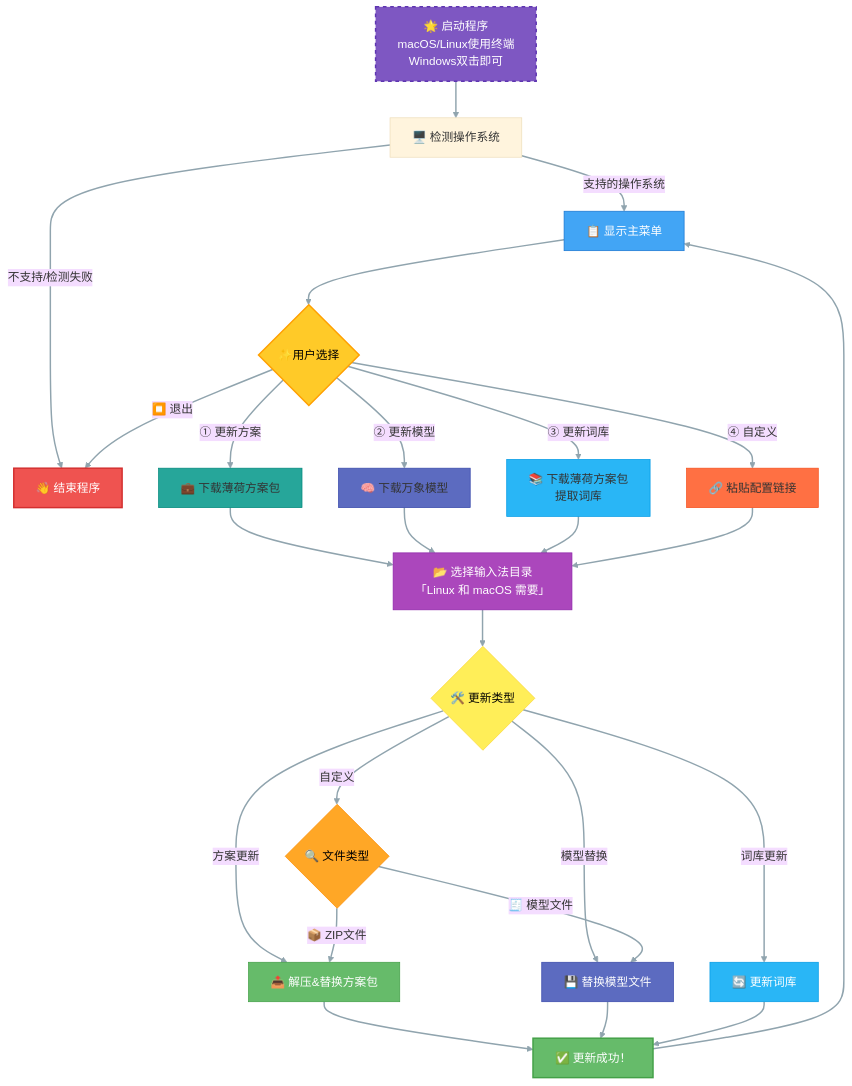
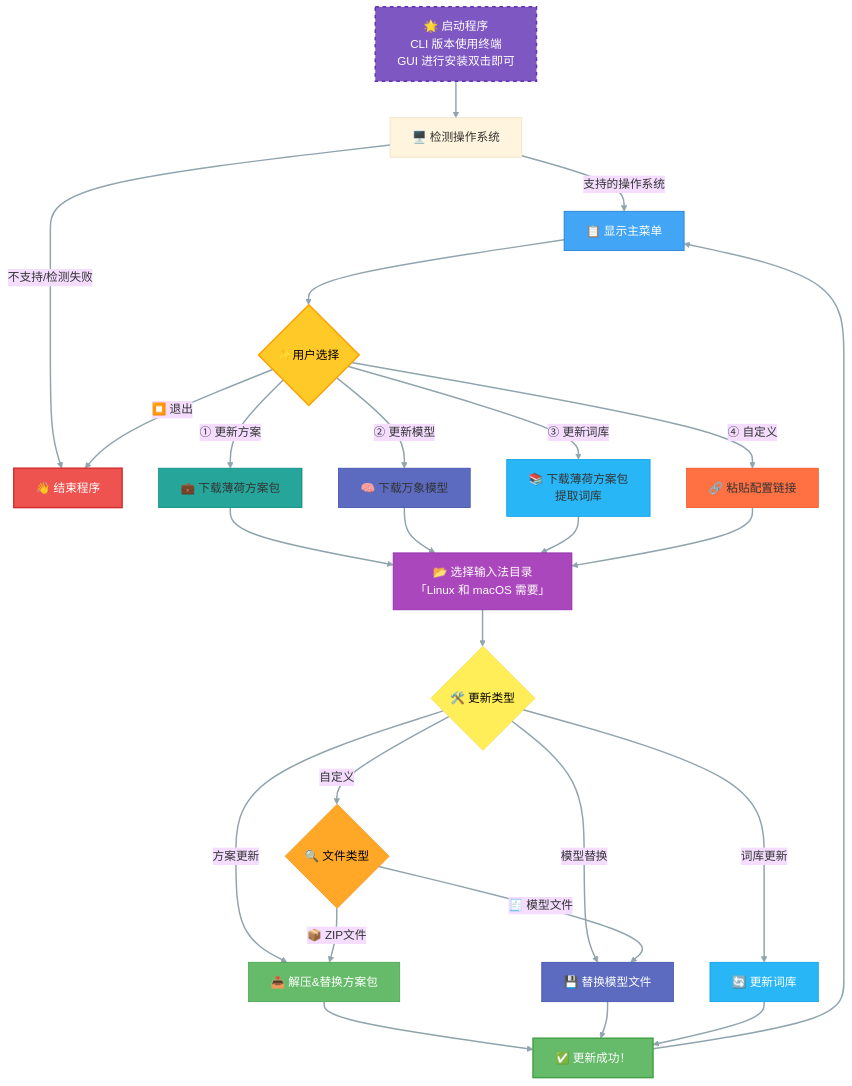
Before and after one commit to Mintimate/oh-my-rime-cli: the diagram in README.md, drawn with Mermaid (base theme). The commit also changed other lines of this file and 4 other files, not shown here.

````diff
--- a/README.md
+++ b/README.md
@@ -11,50 +13,50 @@
 ```mermaid
 flowchart TD
-    A[🌟 启动程序 <br/> macOS/Linux使用终端<br/>Windows双击即可] --> B[🖥️ 检测操作系统]
+    A[🌟 启动程序 <br/> CLI 版本使用终端<br/>GUI 进行安装双击即可] --> B[🖥️ 检测操作系统]
     B --支持的操作系统--> C[📋 显示主菜单]
     B --不支持/检测失败--> I
     
     C --> D{"✨用户选择"}
     D -->|① 更新方案| E[💼 下载薄荷方案包]
     D -->|② 更新模型| F[🧠 下载万象模型]
     D -->|③ 更新词库| G[📚 下载薄荷方案包<br/>提取词库]
     D -->|④ 自定义| H[🔗 粘贴配置链接]
     D -->|⏹️ 退出| I[👋 结束程序]
     
     E --> J[📂 选择输入法目录<br/>「Linux 和 macOS 需要」]
     F --> J
     G --> J
     H --> J
     
     J --> K{🛠️ 更新类型}
     K -->|方案更新| L[📤 解压&替换方案包]
     K -->|模型替换| M[💾 替换模型文件]
     K -->|词库更新| N[🔄 更新词库]
     K -->|自定义| O{🔍 文件类型}
     
     O -->|📦 ZIP文件| L
     O -->|🧾 模型文件| M
     
     L --> P[✅ 更新成功！]
     M --> P
     N --> P
     
     P --> C
 
     style A fill:#7E57C2,stroke:#5E35B1,color:white,stroke-width:2px,stroke-dasharray:5
     style I fill:#EF5350,stroke:#D32F2F,color:white,stroke-width:2px
     style C fill:#42A5F5,stroke:#1976D2,color:white
     style D fill:#FFCA28,stroke:#FFA000,color:black,stroke-width:2px
     style E fill:#26A69A,stroke:#00897B
     style F fill:#5C6BC0,stroke:#3949AB
     style G fill:#29B6F6,stroke:#039BE5
     style H fill:#FF7043,stroke:#F4511E
     style J fill:#AB47BC,stroke:#8E24AA,color:white
     style K fill:#FFEE58,stroke:#FDD835,color:black
     style L fill:#66BB6A,stroke:#43A047,color:white
     style M fill:#5C6BC0,stroke:#3949AB,color:white
     style N fill:#29B6F6,stroke:#039BE5,color:white
     style O fill:#FFA726,stroke:#FB8C00,color:black
     style P fill:#66BB6A,stroke:#43A047,color:white,stroke-width:2px
     linkStyle default stroke:#90A4AE,stroke-width:2px
 ```
````
